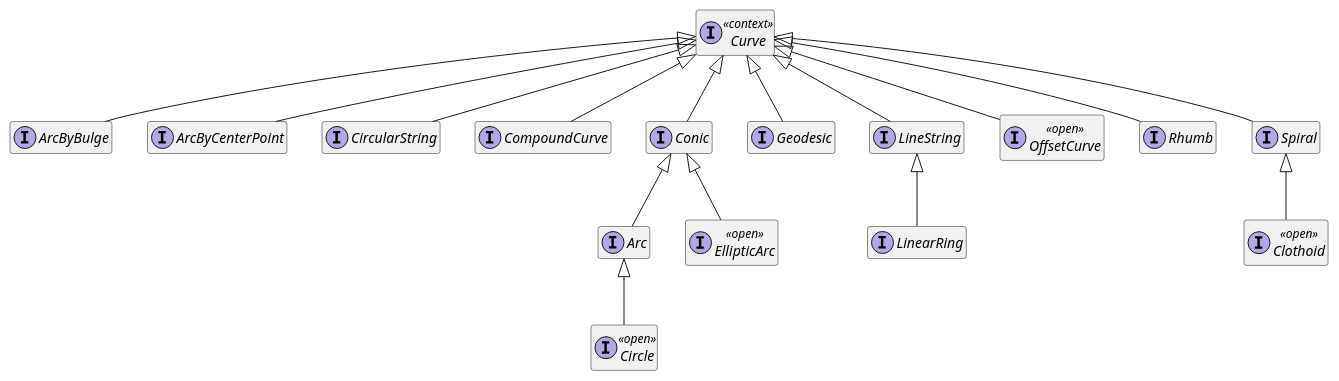
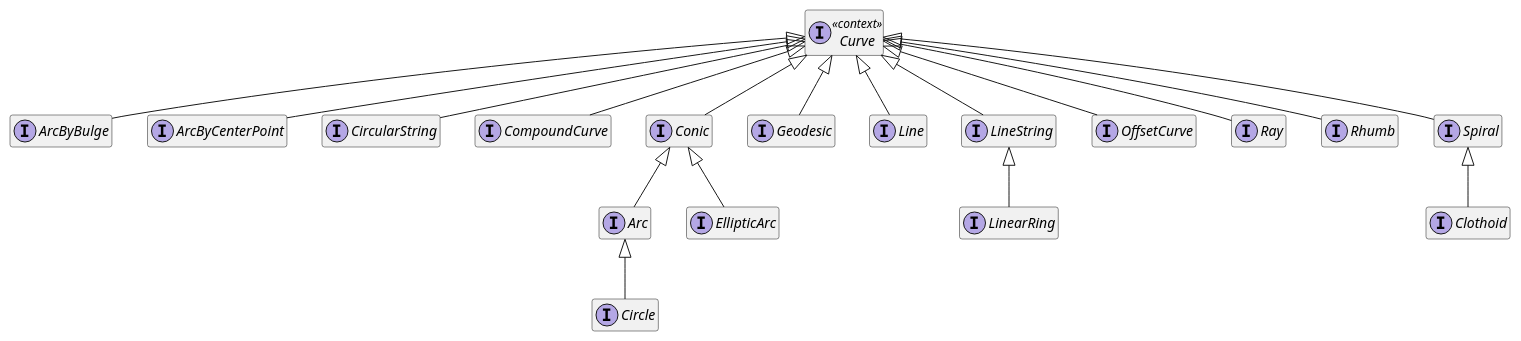
The second of 6 diagrams in incubator/src/org.apache.sis.geometry/main/org/apache/sis/geometries/summary.adoc (apache/sis), drawn with PlantUML before and after one commit. The commit also changed other lines of this file and 17 other files, not shown here.

```diff
--- a/incubator/src/org.apache.sis.geometry/main/org/apache/sis/geometries/summary.adoc
+++ b/incubator/src/org.apache.sis.geometry/main/org/apache/sis/geometries/summary.adoc
@@ -74,56 +70,56 @@
 [plantuml,geometry-curves,svg]
 ....
 @startuml
 hide empty members
 skinparam shadowing false
 skinparam interface {
     BackgroundColor #FDFDFD
     BorderColor #4A6785
-}
-skinparam interface<<open>> {
-    BackgroundColor #FFF6E0
-    BorderColor #C9A227
 }
 skinparam interface<<context>> {
     BackgroundColor #EEF3F8
     BorderColor #93A9C0
 }
 skinparam interface<<external>> {
     BackgroundColor #F0F0F0
     BorderColor #999999
 }
 
 interface Arc
 interface ArcByBulge
 interface ArcByCenterPoint
-interface Circle <<open>>
+interface Circle
 interface CircularString
-interface Clothoid <<open>>
+interface Clothoid
 interface CompoundCurve
 interface Conic
 interface Curve <<context>>
-interface EllipticArc <<open>>
+interface EllipticArc
 interface Geodesic
+interface Line
 interface LineString
 interface LinearRing
-interface OffsetCurve <<open>>
+interface OffsetCurve
+interface Ray
 interface Rhumb
 interface Spiral
 
 Arc <|-- Circle
 Conic <|-- Arc
 Conic <|-- EllipticArc
 Curve <|-- ArcByBulge
 Curve <|-- ArcByCenterPoint
 Curve <|-- CircularString
 Curve <|-- CompoundCurve
 Curve <|-- Conic
 Curve <|-- Geodesic
+Curve <|-- Line
 Curve <|-- LineString
 Curve <|-- OffsetCurve
+Curve <|-- Ray
 Curve <|-- Rhumb
 Curve <|-- Spiral
 LineString <|-- LinearRing
 Spiral <|-- Clothoid
 @enduml
 ....
```
